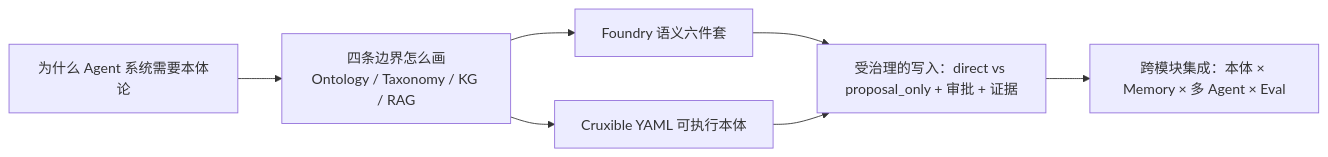
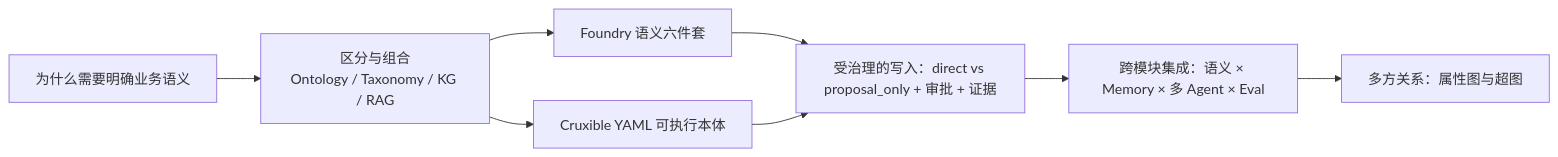
One commit to xiaoqianbaobao/ai-guide changed the diagram in docs/07-ontology/index.md. Above: the diagram before and after it, drawn with Mermaid. The commit also changed other lines of this file, not shown here.

````diff
--- a/docs/07-ontology/index.md
+++ b/docs/07-ontology/index.md
@@ -54,9 +55,10 @@
 ```mermaid
 flowchart LR
-  A[为什么 Agent 系统需要本体论] --> B[四条边界怎么画<br/>Ontology / Taxonomy / KG / RAG]
+  A[为什么需要明确业务语义] --> B[区分与组合<br/>Ontology / Taxonomy / KG / RAG]
   B --> C[Foundry 语义六件套]
   B --> D[Cruxible YAML 可执行本体]
   C --> E[受治理的写入：direct vs proposal_only + 审批 + 证据]
   D --> E
-  E --> F[跨模块集成：本体 × Memory × 多 Agent × Eval]
+  E --> F[跨模块集成：语义 × Memory × 多 Agent × Eval]
+  F --> G[多方关系：属性图与超图]
 ```
````
